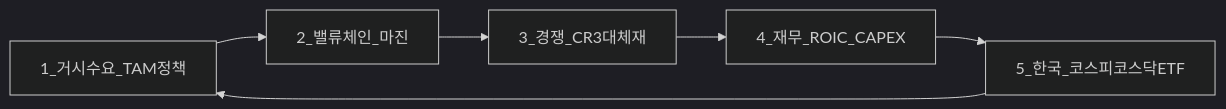
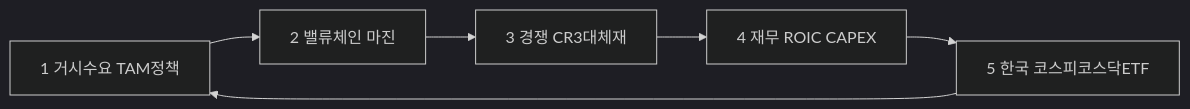
Before and after one commit to goldanghenry/Finances: the first of 3 diagrams in 03-markets/sectors/sector-investing-framework.md, drawn with Mermaid (dark theme). The commit also changed other lines of this file and 211 other files, not shown here.

````diff
--- a/03-markets/sectors/sector-investing-framework.md
+++ b/03-markets/sectors/sector-investing-framework.md
@@ -124,8 +130,8 @@
 ```mermaid
 flowchart LR
-  S1[1_거시수요_TAM정책] --> S2[2_밸류체인_마진]
-  S2 --> S3[3_경쟁_CR3대체재]
-  S3 --> S4[4_재무_ROIC_CAPEX]
-  S4 --> S5[5_한국_코스피코스닥ETF]
+  S1["1 거시수요 TAM정책"] --> S2["2 밸류체인 마진"]
+  S2 --> S3["3 경쟁 CR3대체재"]
+  S3 --> S4["4 재무 ROIC CAPEX"]
+  S4 --> S5["5 한국 코스피코스닥ETF"]
   S5 --> S1
 ```
````
